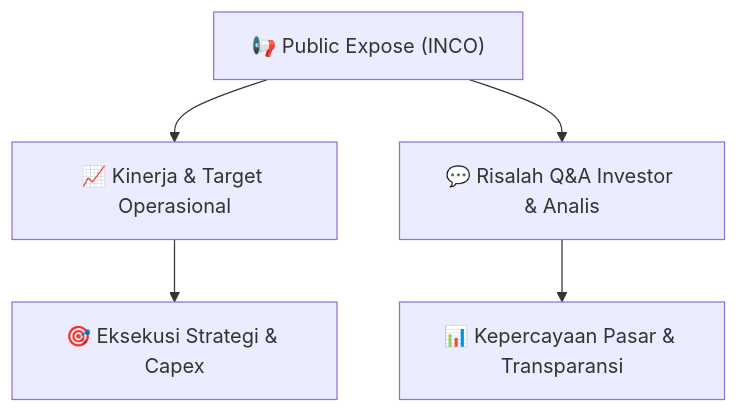
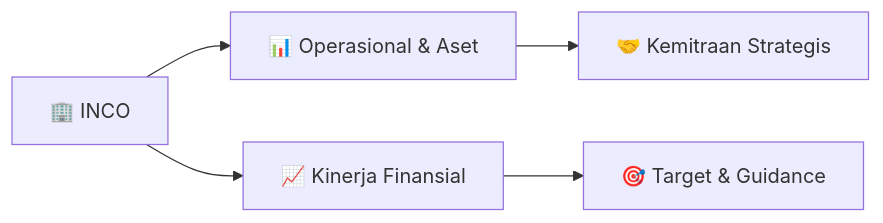
Before and after one commit to anYoneo/alphadigest-idx: the diagram in Finplan_analyst/knowledge-base/public-exposes/informasi-pubex/INCO_Public_Expose_20260827.md, drawn with Mermaid. The commit also changed other lines of this file and 526 other files, not shown here.

````diff
--- a/Finplan_analyst/knowledge-base/public-exposes/informasi-pubex/INCO_Public_Expose_20260827.md
+++ b/Finplan_analyst/knowledge-base/public-exposes/informasi-pubex/INCO_Public_Expose_20260827.md
@@ -34,7 +114,7 @@
 ```mermaid
-flowchart TD
-    A["📢 Public Expose (INCO)"] --> B["📈 Kinerja & Target Operasional"]
-    A --> C["💬 Risalah Q&A Investor & Analis"]
-    B --> D["🎯 Eksekusi Strategi & Capex"]
-    C --> E["📊 Kepercayaan Pasar & Transparansi"]
+flowchart LR
+    A["🏢 INCO"] --> B["📊 Operasional & Aset"]
+    A --> C["📈 Kinerja Finansial"]
+    B --> D["🤝 Kemitraan Strategis"]
+    C --> E["🎯 Target & Guidance"]
 ```
````
